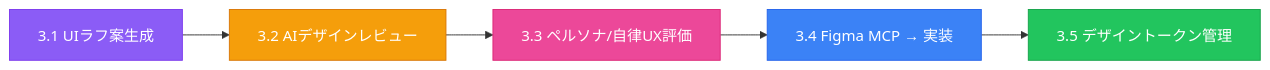
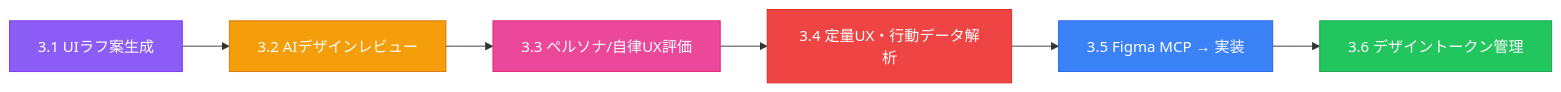
Before and after one commit to takuma39/ai: the eighth of 21 diagrams in AI駆動開発.md, drawn with Mermaid. The commit also changed other lines of this file, not shown here.

````diff
--- a/AI駆動開発.md
+++ b/AI駆動開発.md
@@ -747,13 +756,15 @@
 ```mermaid
 flowchart LR
     A["3.1 UIラフ案生成"] --> B["3.2 AIデザインレビュー"]
     B --> C["3.3 ペルソナ/自律UX評価"]
-    C --> D["3.4 Figma MCP → 実装"]
-    D --> E["3.5 デザイントークン管理"]
+    C --> D["3.4 定量UX・行動データ解析"]
+    D --> E["3.5 Figma MCP → 実装"]
+    E --> F["3.6 デザイントークン管理"]
     
     style A fill:#8b5cf6,stroke:#7c3aed,color:#fff
     style B fill:#f59e0b,stroke:#d97706,color:#fff
     style C fill:#ec4899,stroke:#db2777,color:#fff
-    style D fill:#3b82f6,stroke:#2563eb,color:#fff
-    style E fill:#22c55e,stroke:#16a34a,color:#fff
+    style D fill:#ef4444,stroke:#dc2626,color:#fff
+    style E fill:#3b82f6,stroke:#2563eb,color:#fff
+    style F fill:#22c55e,stroke:#16a34a,color:#fff
 ```
````
